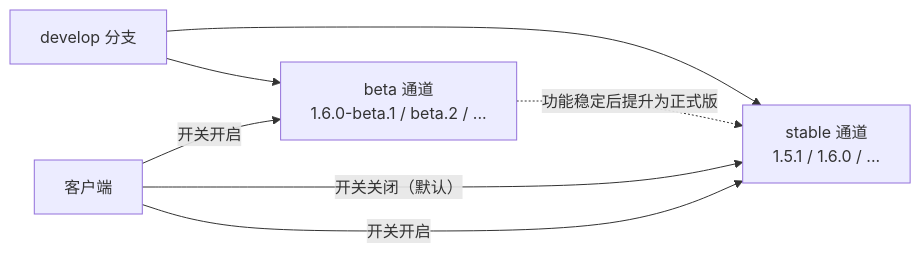
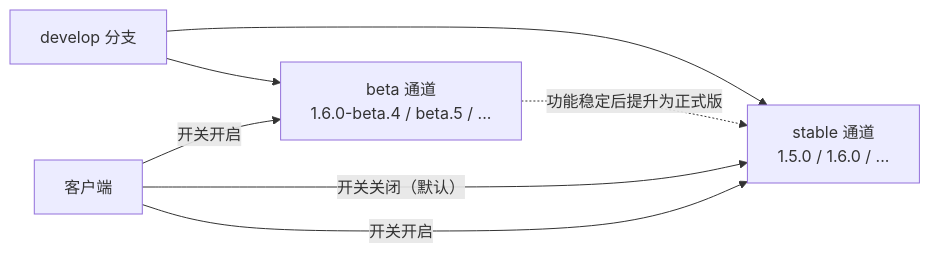
Before and after one commit to Harley-xk/mark-it: the first of 2 diagrams in docs/发版通道.md, drawn with Mermaid. The commit also changed other lines of this file and 11 other files, not shown here.

````diff
--- a/docs/发版通道.md
+++ b/docs/发版通道.md
@@ -14,9 +14,9 @@
 ```mermaid
 flowchart LR
-    DEV["develop 分支"] --> BETA["beta 通道<br/>1.6.0-beta.1 / beta.2 / ..."]
-    DEV --> STABLE["stable 通道<br/>1.5.1 / 1.6.0 / ..."]
+    DEV["develop 分支"] --> BETA["beta 通道<br/>1.6.0-beta.4 / beta.5 / ..."]
+    DEV --> STABLE["stable 通道<br/>1.5.0 / 1.6.0 / ..."]
     BETA -. "功能稳定后提升为正式版" .-> STABLE
     CLIENT["客户端"] -->|"开关关闭（默认）"| STABLE
     CLIENT -->|"开关开启"| BETA
     CLIENT -->|"开关开启"| STABLE
 ```
````
